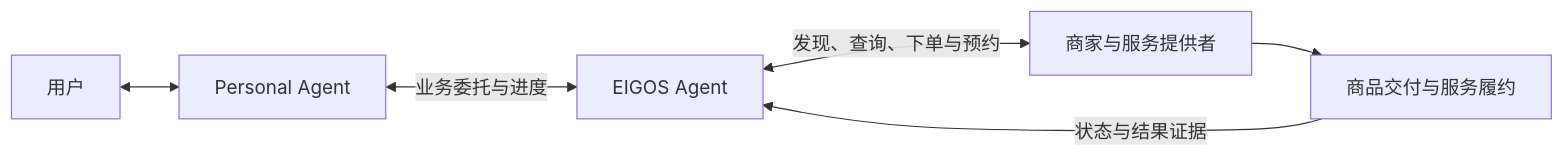
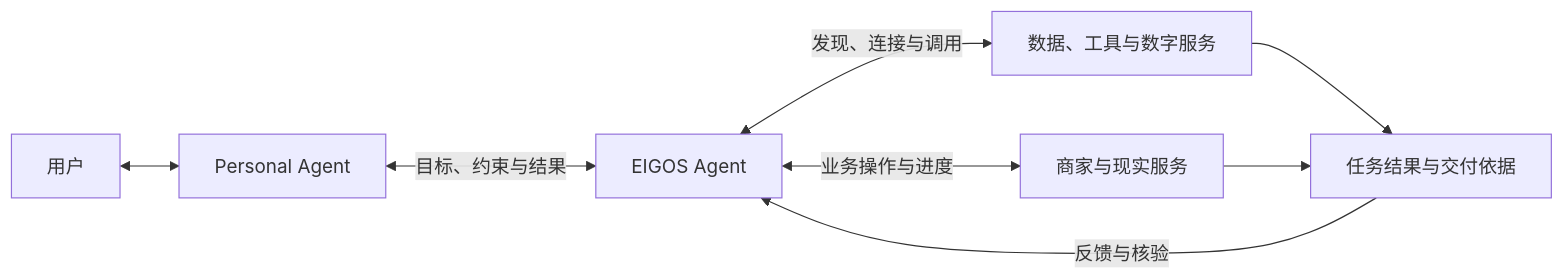
One commit to proerror77/eigos changed the diagram in README.md. Above: the diagram before and after it, drawn with Mermaid. The commit also changed other lines of this file and 2 other files, not shown here.

Commit message:
docs: center EIGOS on service-connected agentic tasks

````diff
--- a/README.md
+++ b/README.md
@@ -34,8 +34,10 @@
 ```mermaid
 flowchart LR
     U[用户] <--> P[Personal Agent]
-    P <-->|业务委托与进度| E[EIGOS Agent]
-    E <-->|发现、查询、下单与预约| S[商家与服务提供者]
-    S --> F[商品交付与服务履约]
-    F -->|状态与结果证据| E
+    P <-->|目标、约束与结果| E[EIGOS Agent]
+    E <-->|发现、连接与调用| S[数据、工具与数字服务]
+    E <-->|业务操作与进度| B[商家与现实服务]
+    S --> R[任务结果与交付依据]
+    B --> R
+    R -->|反馈与核验| E
 ```
````
